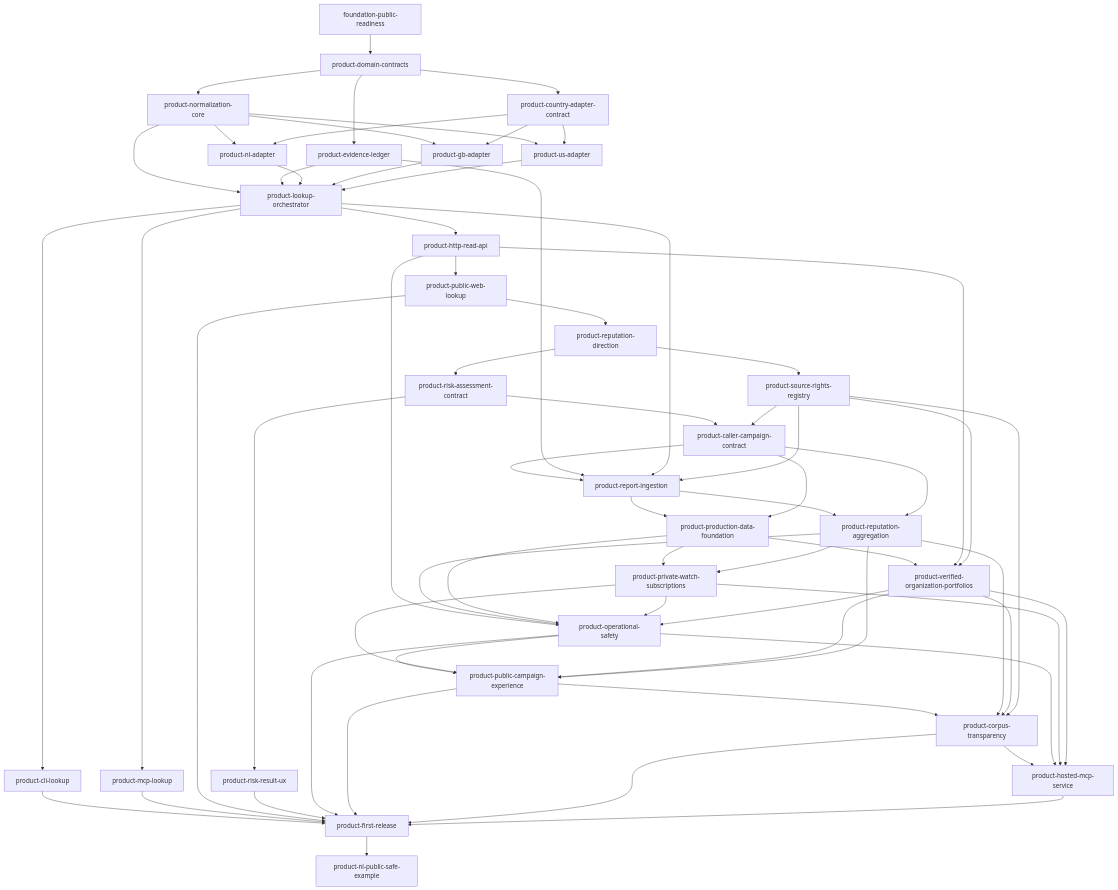
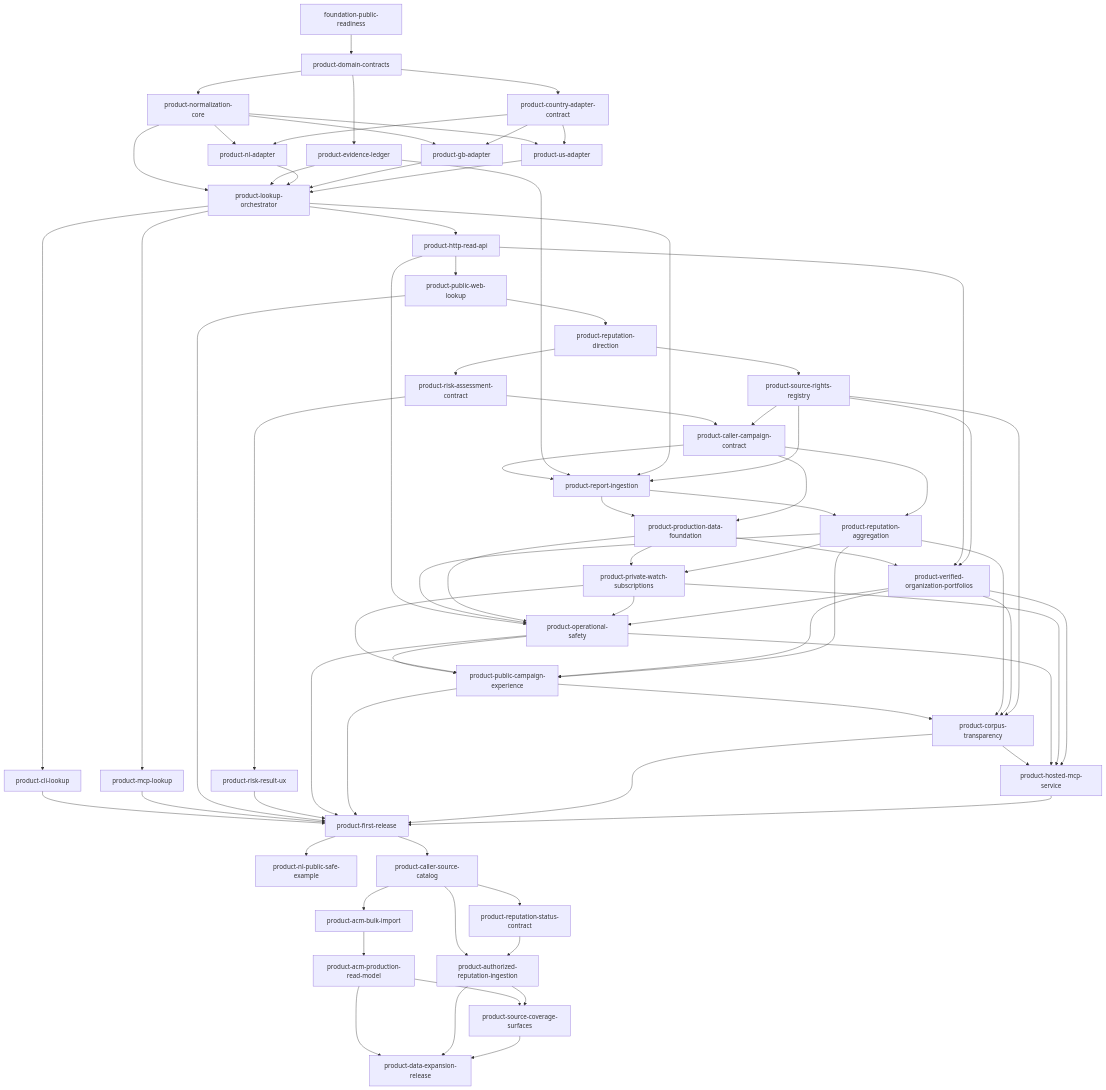
The diagram in docs/implementation-plan.md (viggomeesters/callersignal), drawn with Mermaid before and after one commit. The commit also changed other lines of this file and 18 other files, not shown here.

Commit message:
feat: map caller-report data sources

````diff
--- a/docs/implementation-plan.md
+++ b/docs/implementation-plan.md
@@ -257,67 +315,78 @@
 ```mermaid
 flowchart TD
     F[foundation-public-readiness] --> D[product-domain-contracts]
     D --> N[product-normalization-core]
     D --> E[product-evidence-ledger]
     D --> C[product-country-adapter-contract]
     N --> NL[product-nl-adapter]
     C --> NL
     N --> GB[product-gb-adapter]
     C --> GB
     N --> US[product-us-adapter]
     C --> US
     N --> O[product-lookup-orchestrator]
     E --> O
     NL --> O
     GB --> O
     US --> O
     O --> CLI[product-cli-lookup]
     O --> MCP[product-mcp-lookup]
     O --> HTTP[product-http-read-api]
     HTTP --> WEB[product-public-web-lookup]
     WEB --> DIR[product-reputation-direction]
     DIR --> RISK[product-risk-assessment-contract]
     RISK --> RUX[product-risk-result-ux]
     DIR --> SR[product-source-rights-registry]
     RISK --> CC[product-caller-campaign-contract]
     SR --> CC
     CC --> R
     E --> R[product-report-ingestion]
     O --> R
     SR --> R
     R --> A[product-reputation-aggregation]
     CC --> A
     R --> DATA[product-production-data-foundation]
     CC --> DATA
     DATA --> WATCH[product-private-watch-subscriptions]
     A --> WATCH
     DATA --> ORG[product-verified-organization-portfolios]
     HTTP --> ORG
     SR --> ORG
     HTTP --> OPS[product-operational-safety]
     A --> OPS
     DATA --> OPS
     WATCH --> OPS
     ORG --> OPS
     OPS --> EXP[product-public-campaign-experience]
     WATCH --> EXP
     ORG --> EXP
     A --> EXP
     EXP --> TRANS[product-corpus-transparency]
     A --> TRANS
     ORG --> TRANS
     SR --> TRANS
     TRANS --> RMCP[product-hosted-mcp-service]
     OPS --> RMCP
     WATCH --> RMCP
     ORG --> RMCP
     CLI --> REL[product-first-release]
     MCP --> REL
     WEB --> REL
     RUX --> REL
     OPS --> REL
     EXP --> REL
     TRANS --> REL
     RMCP --> REL
     REL --> NLEX[product-nl-public-safe-example]
+    REL --> CAT[product-caller-source-catalog]
+    CAT --> ACM[product-acm-bulk-import]
+    CAT --> STAT[product-reputation-status-contract]
+    ACM --> ACMR[product-acm-production-read-model]
+    CAT --> INGEST[product-authorized-reputation-ingestion]
+    STAT --> INGEST
+    ACMR --> SURF[product-source-coverage-surfaces]
+    INGEST --> SURF
+    ACMR --> EXPREL[product-data-expansion-release]
+    INGEST --> EXPREL
+    SURF --> EXPREL
 ```
````
